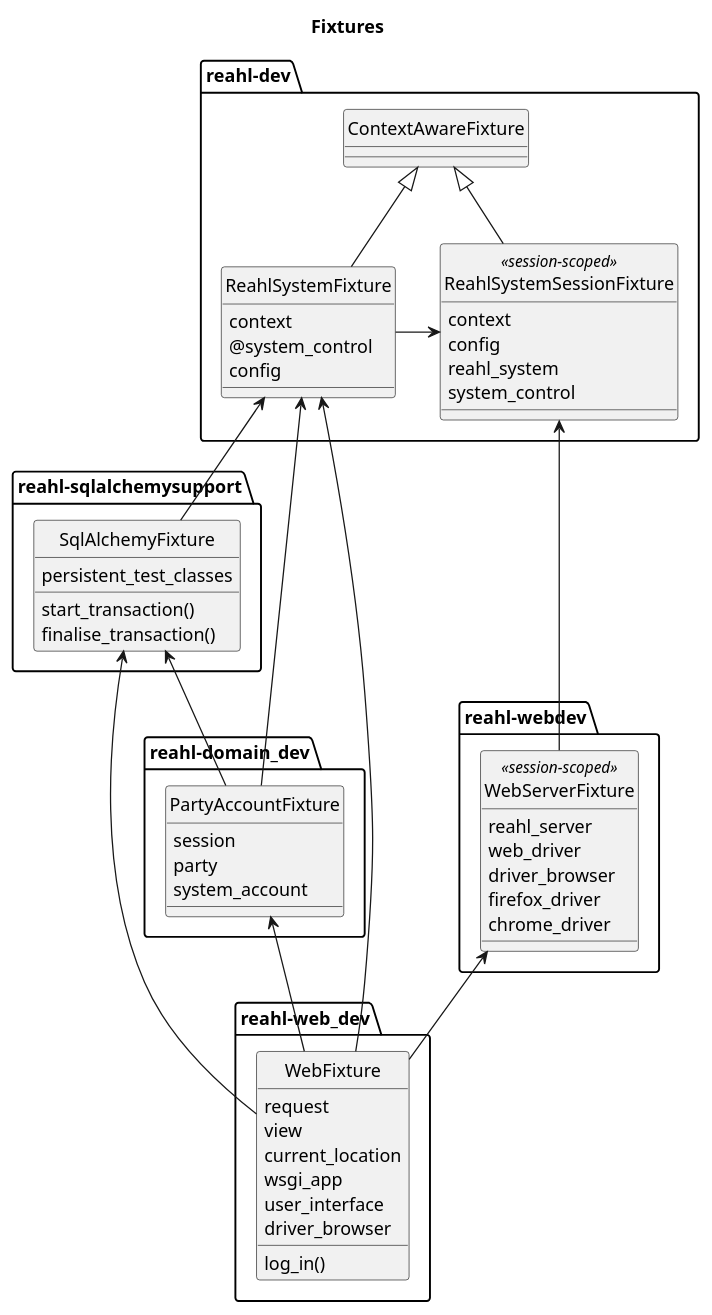
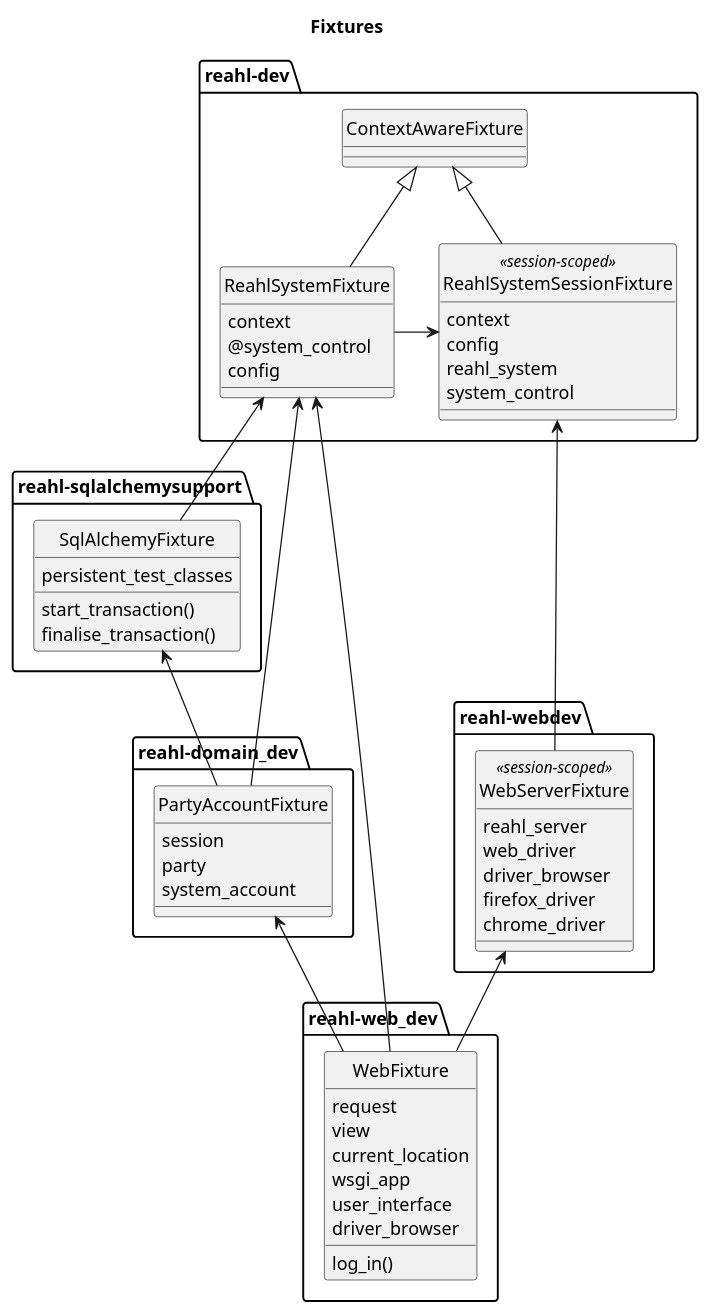
The diagram in reahl-web/reahl/web_dev/fixtures.puml (reahl/reahl), drawn with PlantUML before and after one commit. The commit also changed 20 other files, not shown here.

```diff
--- a/reahl-web/reahl/web_dev/fixtures.puml
+++ b/reahl-web/reahl/web_dev/fixtures.puml
@@ -1,82 +1,81 @@
 @startuml
 
 title Fixtures
 
 hide circle
 
 package reahl-dev{
 	class ContextAwareFixture {
 	}
 
 	class ReahlSystemSessionFixture <<session-scoped>> {
 	    context
 	    config
 	    reahl_system
 	    system_control
 	}
 
 	class ReahlSystemFixture {
 	    context
 	    @system_control
 	    config
 	}
 }
 
 package reahl-sqlalchemysupport{
 	class SqlAlchemyFixture {
 	    persistent_test_classes
 	    start_transaction()
 	    finalise_transaction()
 	}
 }
 
 package reahl-webdev{
 	class WebServerFixture <<session-scoped>> {
 	    reahl_server
 	    web_driver
 	    driver_browser
 	    firefox_driver
 	    chrome_driver
 	}
 }
 
 package reahl-web_dev{
 	class WebFixture {
 	      request
 	      view
 	      current_location
 	      wsgi_app
 	      user_interface
 	      driver_browser
 	      log_in()
 	}
 }
 
 package reahl-domain_dev{
 	class PartyAccountFixture {
 	      session
 	      party
 	      system_account
 	}
 }
 
 
 ContextAwareFixture <|-- ReahlSystemSessionFixture
 ContextAwareFixture <|-- ReahlSystemFixture
 ReahlSystemSessionFixture <-left- ReahlSystemFixture 
 
 ReahlSystemFixture <-- SqlAlchemyFixture 
 WebServerFixture -up-> ReahlSystemSessionFixture
 
 ReahlSystemFixture <-- WebFixture
-SqlAlchemyFixture <-- WebFixture
 WebServerFixture <-- WebFixture
 PartyAccountFixture <-- WebFixture
 
 
 ReahlSystemFixture <-- PartyAccountFixture
 SqlAlchemyFixture <-- PartyAccountFixture
 
 
 
 @enduml
```
